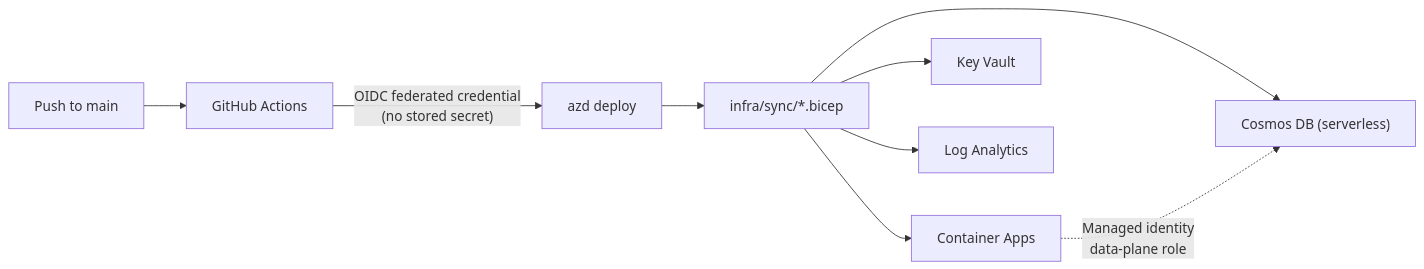
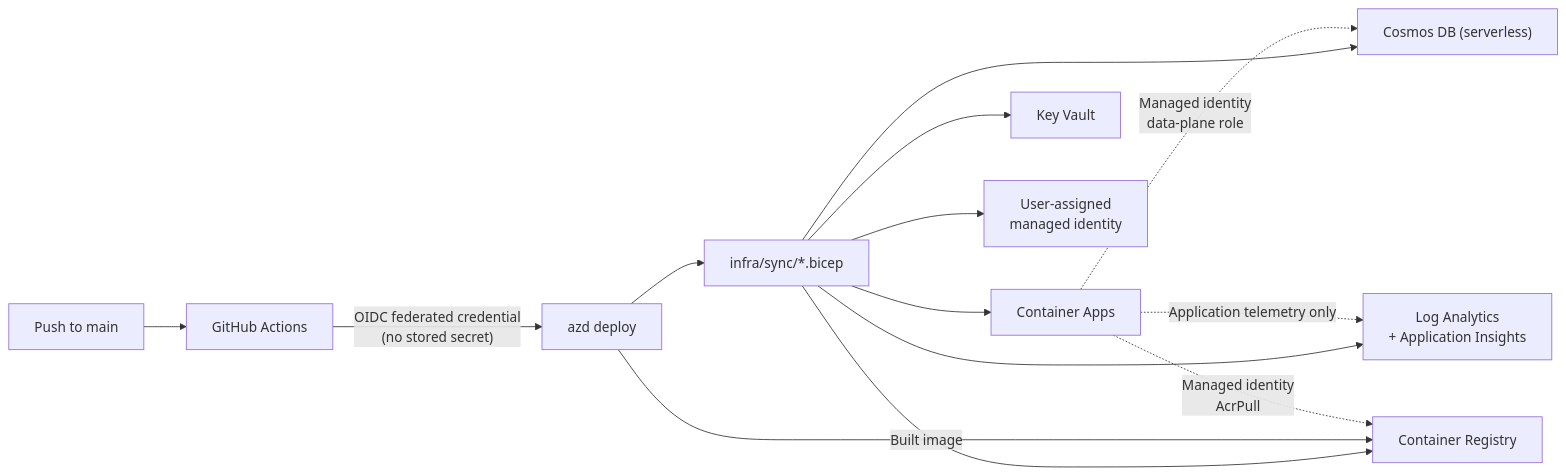
Before and after one commit to JSdotNet/Backlog: the fourth of 4 diagrams in .arc42/07-deployment-view.md, drawn with Mermaid. The commit also changed other lines of this file and 16 other files, not shown here.

````diff
--- a/.arc42/07-deployment-view.md
+++ b/.arc42/07-deployment-view.md
@@ -237,11 +253,16 @@
 ```mermaid
 flowchart LR
     Dev["Push to main"] --> GHA["GitHub Actions"]
     GHA -->|"OIDC federated credential\n(no stored secret)"| AZD["azd deploy"]
     AZD --> Bicep["infra/sync/*.bicep"]
     Bicep --> ACA["Container Apps"]
     Bicep --> Cosmos["Cosmos DB (serverless)"]
     Bicep --> KV["Key Vault"]
-    Bicep --> LA["Log Analytics"]
+    Bicep --> LA["Log Analytics\n+ Application Insights"]
+    Bicep --> ACR["Container Registry"]
+    Bicep --> MI["User-assigned\nmanaged identity"]
+    AZD -->|"Built image"| ACR
     ACA -.->|"Managed identity\ndata-plane role"| Cosmos
+    ACA -.->|"Managed identity\nAcrPull"| ACR
+    ACA -.->|"Application telemetry only"| LA
 ```
````
